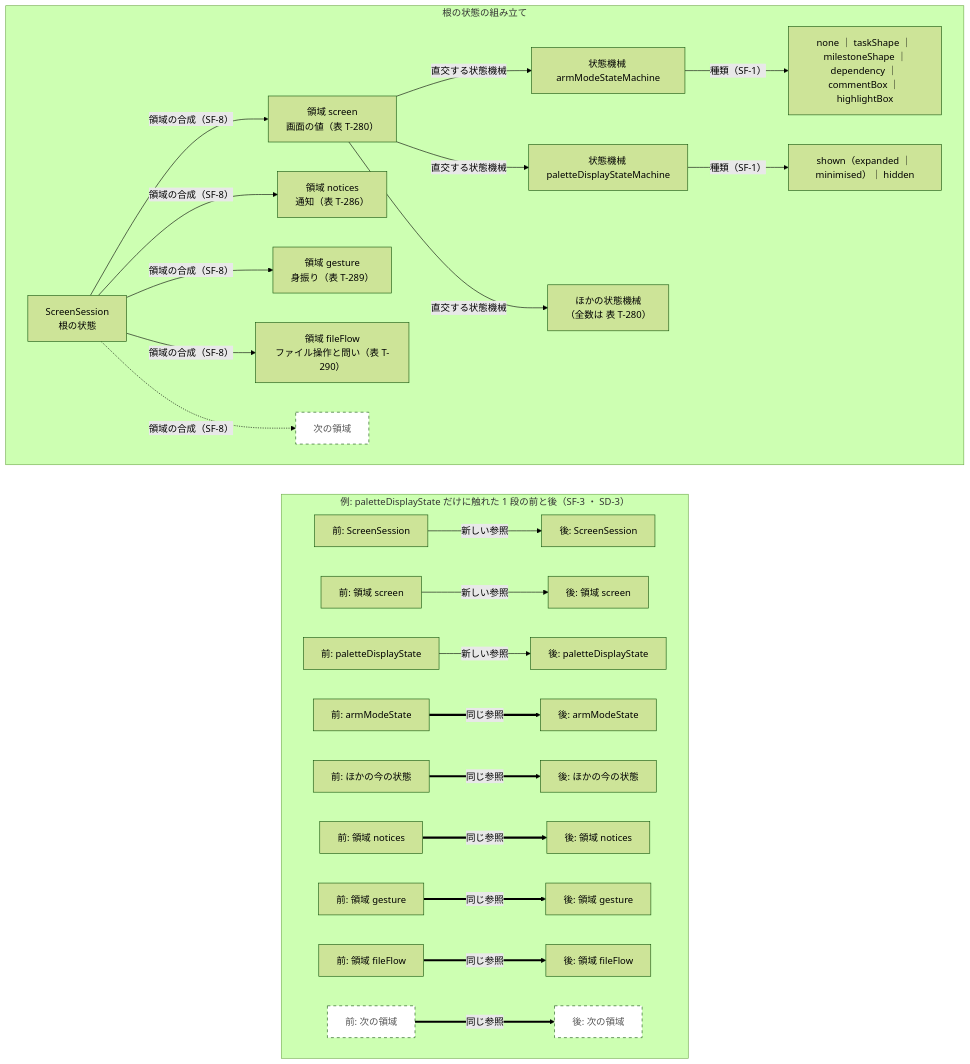
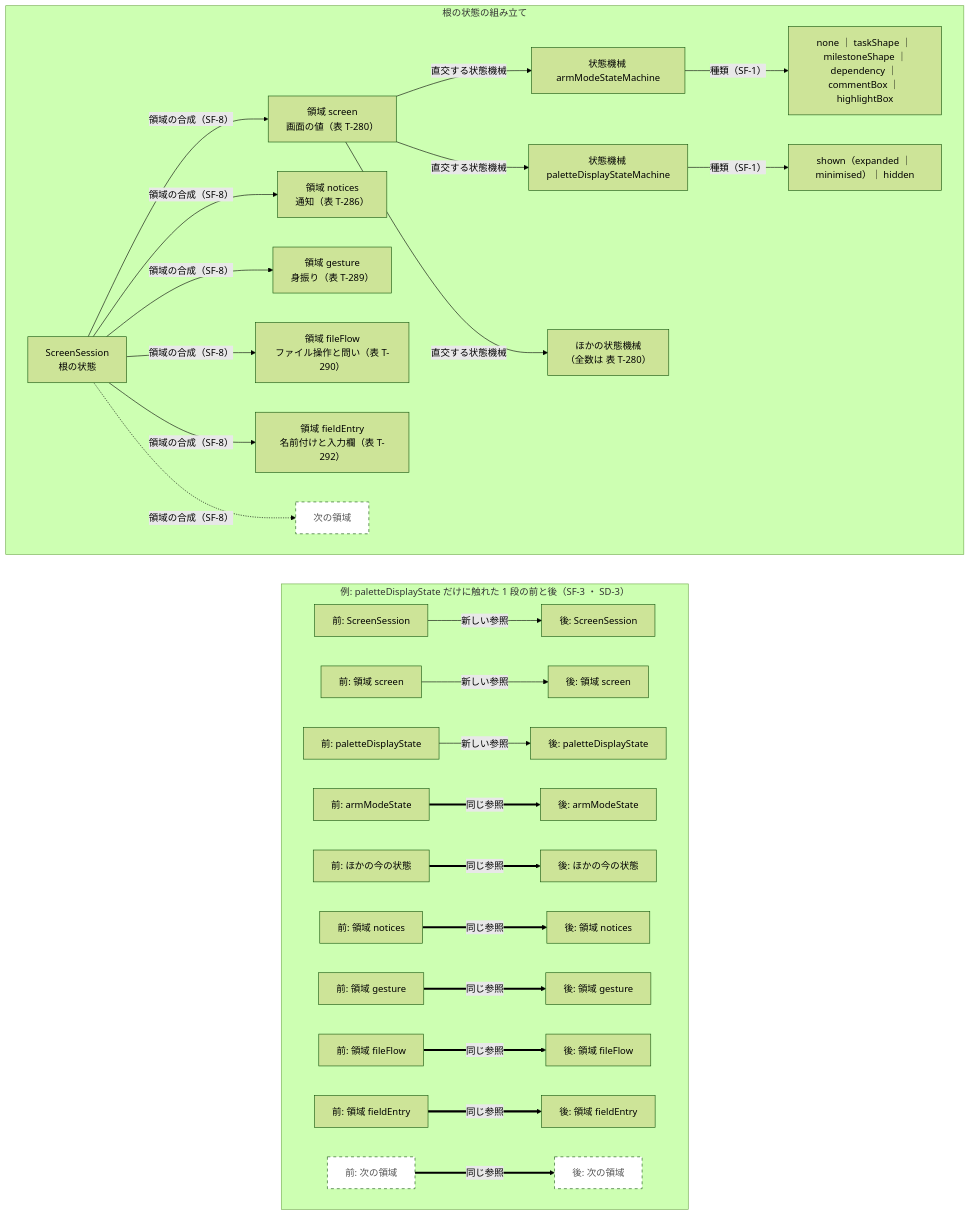
One commit to GoodRelax/gr-scheduler changed the fourth of 4 diagrams in docs/spec/05-07-design.md. Above: the diagram before and after it, drawn with Mermaid (forest theme). The commit also changed other lines of this file and 15 other files, not shown here.

````diff
--- a/docs/spec/05-07-design.md
+++ b/docs/spec/05-07-design.md
@@ -1054,42 +1056,45 @@
 ```mermaid
 flowchart TB
     subgraph Shape["根の状態の組み立て"]
         direction LR
         Root["ScreenSession<br>根の状態"]
         Screen["領域 screen<br>画面の値（表 T-280）"]
         Notices["領域 notices<br>通知（表 T-286）"]
         Gesture["領域 gesture<br>身振り（表 T-289）"]
         FileFlow["領域 fileFlow<br>ファイル操作と問い（表 T-290）"]
+        FieldEntry["領域 fieldEntry<br>名前付けと入力欄（表 T-292）"]
         Next["次の領域"]:::future
         Armed["状態機械 armModeStateMachine"]
         Palette["状態機械 paletteDisplayStateMachine"]
         Others["ほかの状態機械<br>（全数は 表 T-280）"]
         ArmedK["none ｜ taskShape ｜ milestoneShape ｜<br>dependency ｜ commentBox ｜ highlightBox"]
         PaletteK["shown（expanded ｜ minimised）｜ hidden"]
         Root -->|"領域の合成（SF-8）"| Screen
         Root -->|"領域の合成（SF-8）"| Notices
         Root -->|"領域の合成（SF-8）"| Gesture
         Root -->|"領域の合成（SF-8）"| FileFlow
+        Root -->|"領域の合成（SF-8）"| FieldEntry
         Root -.->|"領域の合成（SF-8）"| Next
         Screen -->|"直交する状態機械"| Armed
         Screen -->|"直交する状態機械"| Palette
         Screen -->|"直交する状態機械"| Others
         Armed -->|"種類（SF-1）"| ArmedK
         Palette -->|"種類（SF-1）"| PaletteK
     end
     subgraph Step["例: paletteDisplayState だけに触れた 1 段の前と後（SF-3 ・ SD-3）"]
         direction LR
         R0["前: ScreenSession"] -->|"新しい参照"| R1["後: ScreenSession"]
         S0["前: 領域 screen"] -->|"新しい参照"| S1["後: 領域 screen"]
         P0["前: paletteDisplayState"] -->|"新しい参照"| P1["後: paletteDisplayState"]
         A0["前: armModeState"] ==>|"同じ参照"| A1["後: armModeState"]
         O0["前: ほかの今の状態"] ==>|"同じ参照"| O1["後: ほかの今の状態"]
         M0["前: 領域 notices"] ==>|"同じ参照"| M1["後: 領域 notices"]
         G0["前: 領域 gesture"] ==>|"同じ参照"| G1["後: 領域 gesture"]
         F0["前: 領域 fileFlow"] ==>|"同じ参照"| F1["後: 領域 fileFlow"]
+        E0["前: 領域 fieldEntry"] ==>|"同じ参照"| E1["後: 領域 fieldEntry"]
         N0["前: 次の領域"]:::future ==>|"同じ参照"| N1["後: 次の領域"]:::future
     end
     Shape ~~~ Step
 
     classDef future stroke-dasharray: 5 5,fill:#fff,color:#555
 ```
````
